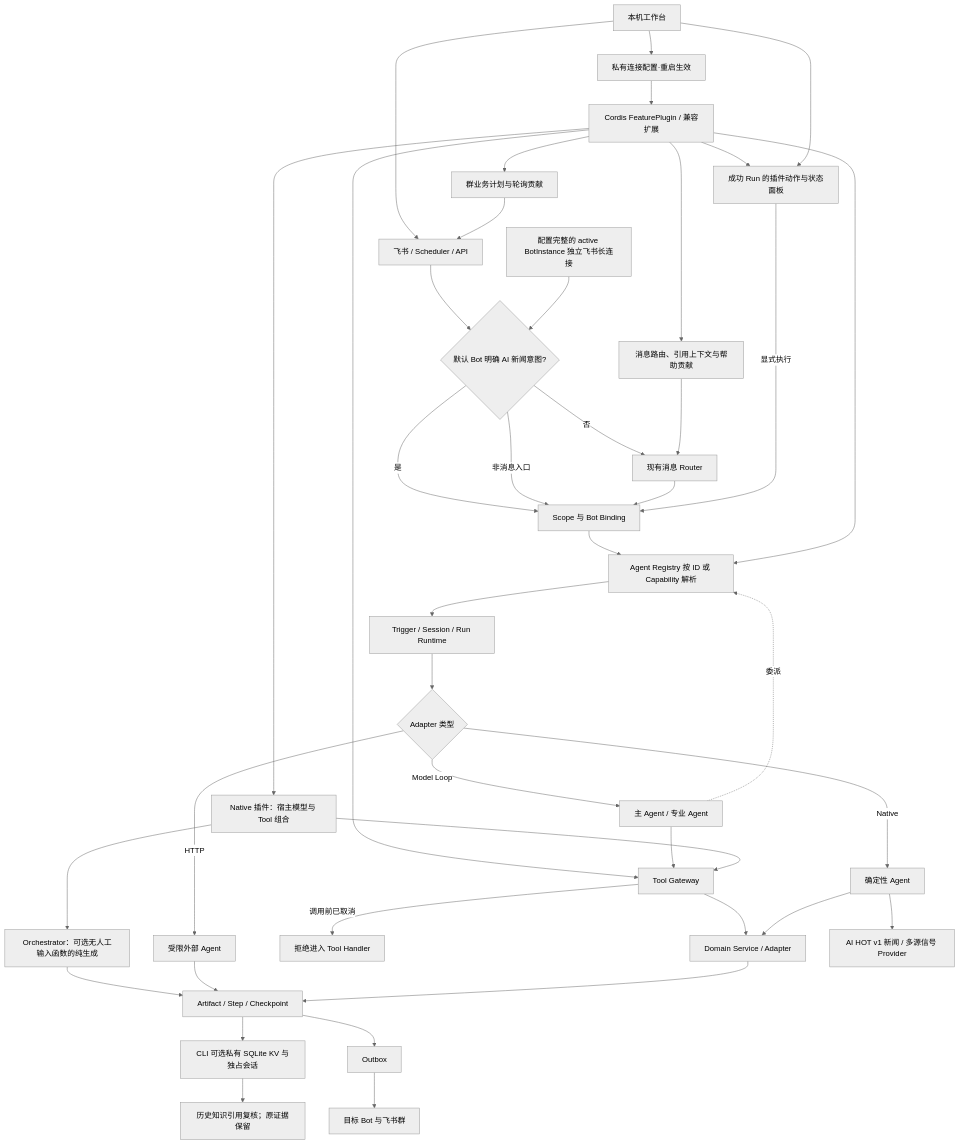
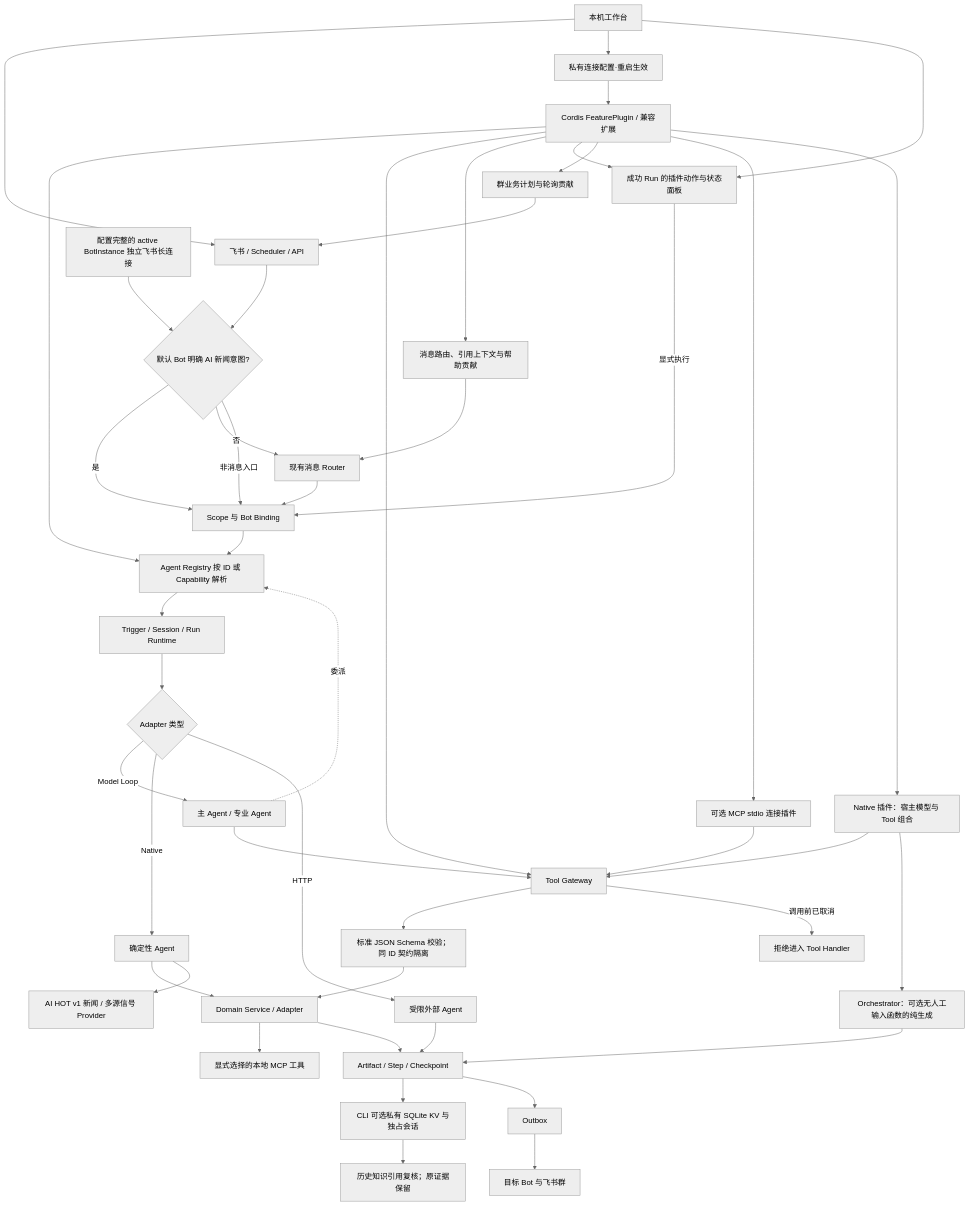
Before and after one commit to KlayPeter/AI-Delivery-Ops-Agent: the diagram in backend/src/platform/FEATURE.md, drawn with Mermaid (neutral theme). The commit also changed other lines of this file and 22 other files, not shown here.

````diff
--- a/backend/src/platform/FEATURE.md
+++ b/backend/src/platform/FEATURE.md
@@ -29,43 +29,47 @@
 ```mermaid
 flowchart TD
     UI[本机工作台] --> A
     UI --> LC[私有连接配置·重启生效]
     LC --> X
     A["飞书 / Scheduler / API"] --> R{"默认 Bot 明确 AI 新闻意图?"}
     R -- "是" --> B["Scope 与 Bot Binding"]
     R -- "否" --> Q["现有消息 Router"]
     R -- "非消息入口" --> B
     Q --> B
     B --> C["Agent Registry 按 ID 或 Capability 解析"]
     X["Cordis FeaturePlugin / 兼容扩展"] --> C
     X --> I["Tool / Skill / Adapter 注册"]
     X --> MR["消息路由、引用上下文与帮助贡献"]
     MR --> Q
     X --> RA[成功 Run 的插件动作与状态面板]
     UI --> RA
     RA -- 显式执行 --> B
     X --> SJ[群业务计划与轮询贡献]
     SJ --> A
     C --> D["Trigger / Session / Run Runtime"]
     D --> E{"Adapter 类型"}
     E -- Model Loop --> F["主 Agent / 专业 Agent"]
     E -- Native --> G["确定性 Agent"]
     E -- HTTP --> H["受限外部 Agent"]
     F --> I["Tool Gateway"]
     F -. 委派 .-> C
-    I --> J["Domain Service / Adapter"]
+    I --> SV[标准 JSON Schema 校验；同 ID 契约隔离]
+    SV --> J["Domain Service / Adapter"]
+    X --> MCP[可选 MCP stdio 连接插件]
+    MCP --> I
+    J --> MS[显式选择的本地 MCP 工具]
     I -- "调用前已取消" --> XC["拒绝进入 Tool Handler"]
     X --> NP["Native 插件：宿主模型与 Tool 组合"]
     NP --> I
     NP --> OM["Orchestrator：可选无人工输入函数的纯生成"]
     OM --> K
     G --> J
     H --> K["Artifact / Step / Checkpoint"]
     K --> LS[CLI 可选私有 SQLite KV 与独占会话]
     LS --> IR[历史知识引用复核；原证据保留]
     J --> K
     K --> L["Outbox"]
     L --> M["目标 Bot 与飞书群"]
     N["配置完整的 active BotInstance 独立飞书长连接"] --> R
     G --> O["AI HOT v1 新闻 / 多源信号 Provider"]
 ```
````
